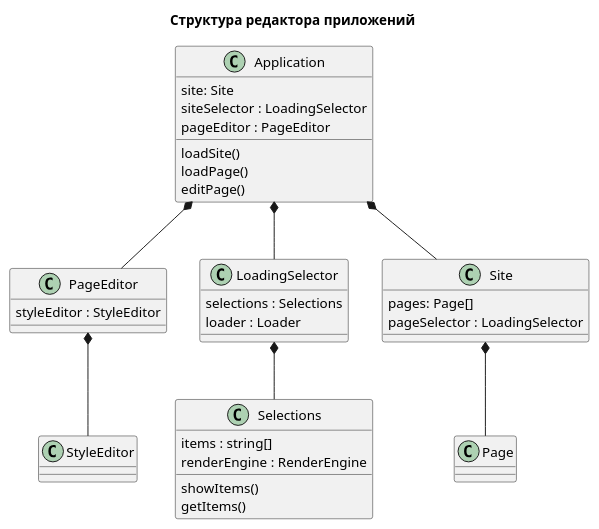
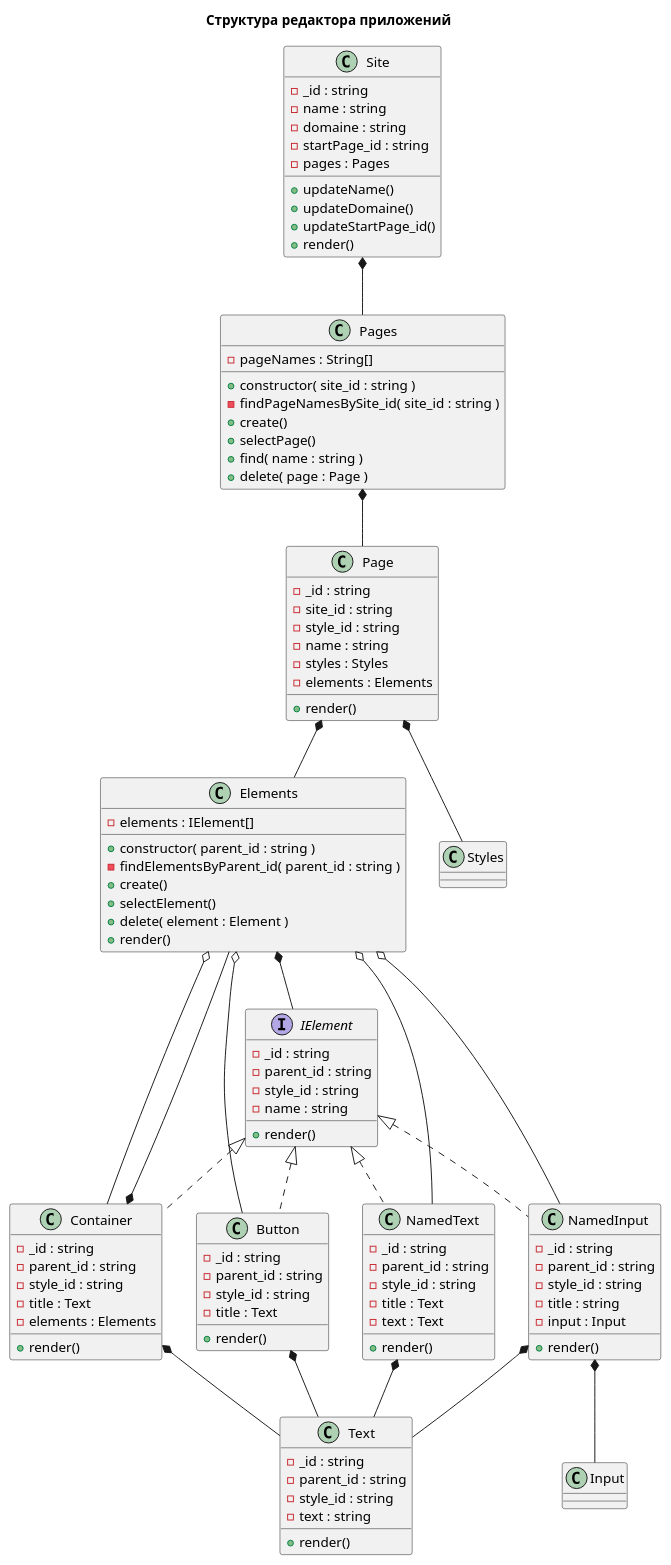
Before and after one commit to NikolayDemchenko/ReactTest: the diagram in client/src/Types/Structure/NewStructure/appStructure.puml, drawn with PlantUML.

Commit message:
Спроектировать структуру

```diff
--- a/client/src/Types/Structure/NewStructure/appStructure.puml
+++ b/client/src/Types/Structure/NewStructure/appStructure.puml
@@ -1,159 +1,179 @@
 @startuml
 title Структура редактора приложений
 
 
-class "Application" as Application { 
-    site: Site    
-    siteSelector : LoadingSelector
-    pageEditor : PageEditor
-    loadSite()
-    loadPage()
-    editPage()
-}
-Application *-- PageEditor
-Application *-- LoadingSelector
-Application *-- Site
+' class "Application" as Application {
+    '     site : Site
+    '     ' siteSelector : LoadingSelector
+    '     ' pageEditor : PageEditor
+    '     ' loadSite()
+    '     ' loadPage()
+    '     ' editPage()
+    '
+    '
+' }
+' Application *-- PageEditor
+' Application *-- LoadingSelector
+' Application *-- Site
 
 
 
 class "Site" as Site {
-    pages: Page[]
-    pageSelector : LoadingSelector
-      
+    - _id : string
+    - name : string
+    - domaine : string
+    - startPage_id : string
+    - pages : Pages
+    + updateName()
+    + updateDomaine()
+    + updateStartPage_id()
+    + render()
 }
-Site *-- Page
-class "PageEditor" as PageEditor {
-    styleEditor : StyleEditor
-        
+Site *-- Pages
+
+class "Pages" as Pages {
+    - pageNames : String[]
+    + constructor( site_id : string )
+    - findPageNamesBySite_id( site_id : string )
+    + create()
+    + selectPage()
+    + find( name : string )
+    + delete( page : Page )
 }
-PageEditor *-- StyleEditor
+Pages *-- Page
+class "Page" as Page {
+    - _id : string
+    - site_id : string
+    - style_id : string
+    - name : string
+    - styles : Styles
+    - elements : Elements
+    + render()
+}
+
+Page *-- Elements
+Page *-- Styles
+
+class "Elements" as Elements {
+    - elements : IElement[]
+    + constructor( parent_id : string )
+    - findElementsByParent_id( parent_id : string )
+    + create()
+    + selectElement()
+    + delete( element : Element )
+    + render()
+}
+Elements o-- Container
+Elements *-- IElement
+Elements o-- NamedText
+Elements o-- NamedInput
+Elements o-- Button
+
+interface "IElement" as IElement {
+    - _id : string
+    - parent_id : string
+    - style_id : string
+    - name : string
+    + render()
+}
+class "Container" as Container {
+    - _id : string
+    - parent_id : string
+    - style_id : string
+    - title : Text
+    - elements : Elements
+    + render()
+}
+Container *-- Text
+Container *-- Elements
+class Container implements IElement
+class "NamedText" as NamedText {
+    - _id : string
+    - parent_id : string
+    - style_id : string
+    - title : Text
+    - text : Text
+    + render()
+}
+NamedText *-- Text
+class NamedText implements IElement
+class "NamedInput" as NamedInput {
+    - _id : string
+    - parent_id : string
+    - style_id : string
+    - title : string
+    - input : Input
+    + render()
+}
+class NamedInput implements IElement
+NamedInput *-- Input
+NamedInput *-- Text
+class "Button" as Button {
+    - _id : string
+    - parent_id : string
+    - style_id : string
+    - title : Text    
+    + render()
+}
+Button *-- Text
+class Button implements IElement
 
 
-class "LoadingSelector" as LoadingSelector{ 
-      selections : Selections
-      loader : Loader
+class "Text" as Text {
+    - _id : string
+    - parent_id : string
+    - style_id : string
+    - text : string    
+    + render()
 }
-LoadingSelector *-- Selections
+' class "PageEditor" as PageEditor {
+    '     styleEditor : StyleEditor
+
+    '
+    '
+' }
+
+' PageEditor *-- StyleEditor
 
 
-class "Selections" as Selections{ 
-    items : string[]  
-    renderEngine : RenderEngine  
-    showItems()  
-    getItems()
-}
-class "StyleEditor" as StyleEditor{    
-}
-class "Page" as Page{  
-    ' render : Render  
-}
+' class "LoadingSelector" as LoadingSelector{
+
+    '       selections : Selections
+    '       loader : Loader
+    '
+    '
+' }
+' LoadingSelector *-- Selections
 
 
-' interface "ICollection<T>" as ICollection {    
-' collection: any
-' add(element:T )
-' remove( element: T)
+' class "Selections" as Selections{
+
+    '     items : string[]
+    '     renderEngine : RenderEngine
+    '     showItems()
+    '     getItems()
+    '
+    '
 ' }
-' interface "IData" as IData{    
-'     setData() 
-'     getData()
+' class "StyleEditor" as StyleEditor{
+
+    '
+    '
 ' }
-' interface "IRender" as IRender{ 
-'     render()  
+' class "Page" as Page{
+
+    '     ' render : Render
+    '
+    '
 ' }
 
-' ' Генератор модели
-' class "ModelCreator" as ModelCreator{
-'     element:MyReactElement
-'     render(...children)
-    
-' }
-' ' Базовый компонент
-' class "MyBaseComponent" as MyBaseComponent{
-'     element:MyReactElement
-'     render(...children)
-    
-' }
-' MyBaseComponent *-l- MyReactElement
-' ' Элемент
-' class "MyReactElement" as MyReactElement{
-'     _id:string
-'     tag:string
-'     props:MyObject  
-'     setData( tag:string , props: MyObject )
-'     getData()
-    
-' }
-' MyReactElement *-l- MyObject
-' MyReactElement .r.|> IData
 
-
-' ' Объект
-' class "MyObject" as MyObject{
-
-'     collection:{ [ key: string ] :any }
-'     add(  key: string , value :any )
-'     remove(  key: string )   
-'     setData( collection:{ [ key: string ] :any } )
-'     getData() 
-' }
-' MyObject .l.|> IData
-' MyObject .u.|> ICollection
-
-' ' Инпут
-' class "MyInput" as MyInput{  
-'     type: string
-'     setData( type: string )
-'     getData()
-'     render()
-' }
-' ' Кнопка
-' class "MyButton" as MyButton{  
-'     title: string
-'     setData( title: string )
-'     getData()
-'     render()
-' }
-' ' Текст
-' class "MyText" as MyText{  
-'     text: string
-'     setData( text: string )
-'     getData()
-'     render()
-' }
-' MyText .l.|> IData
-' MyText ..|> IRender
-' MyText --|> MyBaseComponent
-
-' ' Переменная
-' class "MyVariable" as MyVariable{   
-'     key: MyText
-'     value: MyText | MyArray
-'     setData( name: MyText, value: MyText | MyArray )
-'     getData()
-'     render()
-' }
-' MyVariable *-- MyText
-' MyVariable ..|> IData
-' MyVariable ..|> IRender
-' MyVariable --|> MyBaseComponent
-
-
-' ' Массив
-' class "MyArray" as MyArray{
-' collection: { MyText | MyVariable | MyArray}[]
-' add( element: MyText | MyVariable | MyArray)
-' remove( element: MyText | MyVariable | MyArray)
-' setData( array: { MyText | MyVariable | MyArray}[] )
-' getData()
-' render()
-' }
 ' MyArray ..|> ICollection
 ' MyArray ..|> IData
 ' MyArray ..|> IRender
 ' MyArray o-- MyArray
 ' MyArray o-l- MyVariable
 ' MyArray o-- MyText
 ' MyArray --|> MyBaseComponent
 
 @enduml
```
